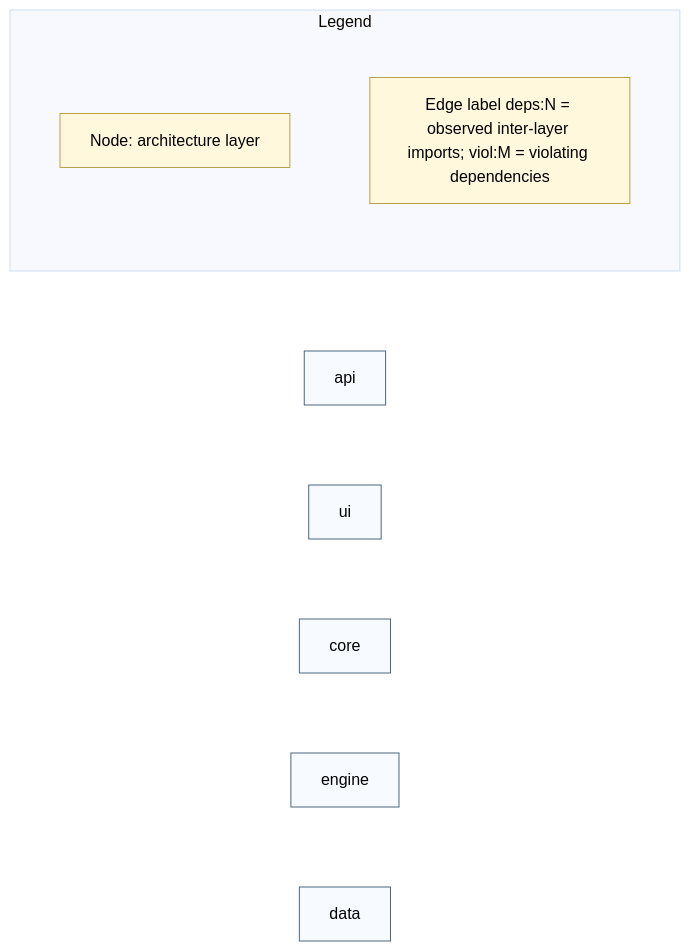
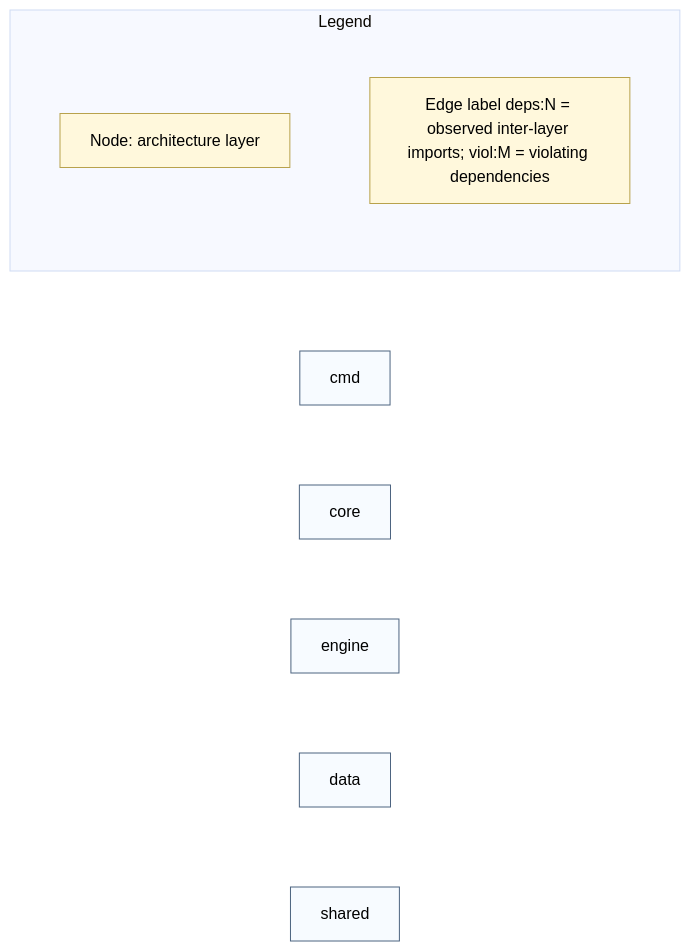
The diagram in docs/diagrams/graph-architecture.mmd (michaelbomholt665/code-watch), drawn with Mermaid before and after one commit. The commit also changed 53 other files, not shown here.

Commit message:
architecture: add package rules and outputs

```diff
--- a/docs/diagrams/graph-architecture.mmd
+++ b/docs/diagrams/graph-architecture.mmd
@@ -1,18 +1,18 @@
 %%{init: {'theme': 'base', 'themeVariables': {'textColor': '#000000', 'primaryTextColor': '#000000', 'lineColor': '#333333'}, 'flowchart': {'nodeSpacing': 80, 'rankSpacing': 110, 'curve': 'basis'}}}%%
 flowchart LR
-  api["api"]
-  ui["ui"]
+  cmd["cmd"]
   core["core"]
   engine["engine"]
   data["data"]
+  shared["shared"]
 
   classDef layerNode fill:#f7fbff,stroke:#4d6480,stroke-width:1px,color:#000000;
-  class api,ui,core,engine,data layerNode;
+  class cmd,core,engine,data,shared layerNode;
 
 
   subgraph legend_info["Legend"]
     legend_nodes["Node: architecture layer"]
     legend_edges["Edge label deps:N = observed inter-layer imports; viol:M = violating dependencies"]
   end
   classDef legendNode fill:#fff8dc,stroke:#b8a24c,stroke-width:1px,color:#000000;
   class legend_nodes,legend_edges legendNode;
```
